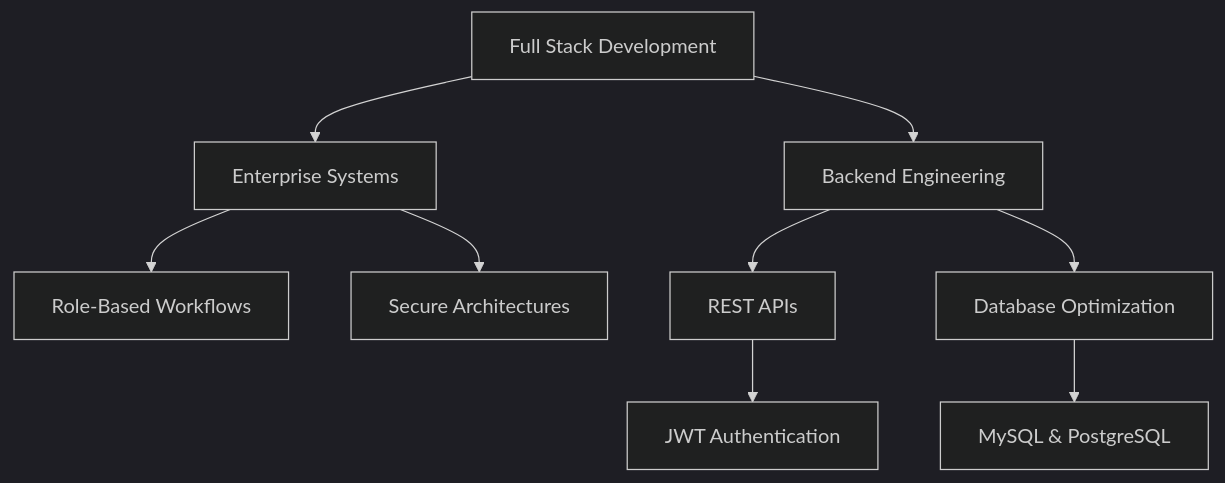
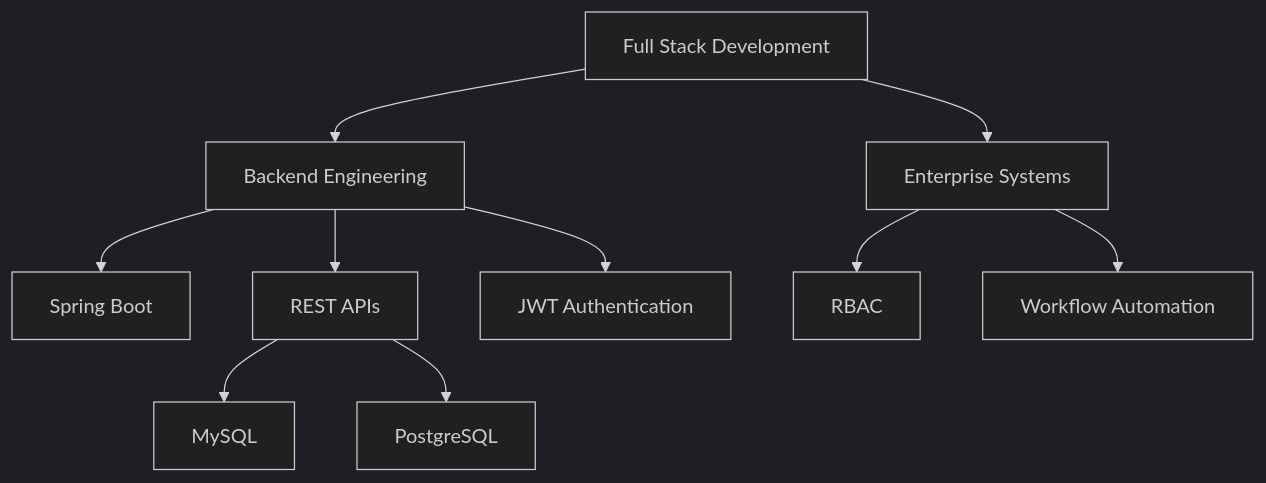
One commit to siddharth9238/siddharth9238 changed the diagram in README.md. Above: the diagram before and after it, drawn with Mermaid (dark theme). The commit also changed other lines of this file, not shown here.

````diff
--- a/README.md
+++ b/README.md
@@ -93,11 +110,13 @@
 ```mermaid
 graph TD
-  A[Full Stack Development] --> B[Enterprise Systems]
-  A --> C[Backend Engineering]
-  B --> D[Role-Based Workflows]
-  B --> E[Secure Architectures]
-  C --> F[REST APIs]
-  C --> G[Database Optimization]
-  F --> H[JWT Authentication]
-  G --> I[MySQL & PostgreSQL]
+A[Full Stack Development]
+A --> B[Backend Engineering]
+A --> C[Enterprise Systems]
+B --> D[Spring Boot]
+B --> E[REST APIs]
+B --> F[JWT Authentication]
+C --> G[RBAC]
+C --> H[Workflow Automation]
+E --> I[MySQL]
+E --> J[PostgreSQL]
 ```
````
